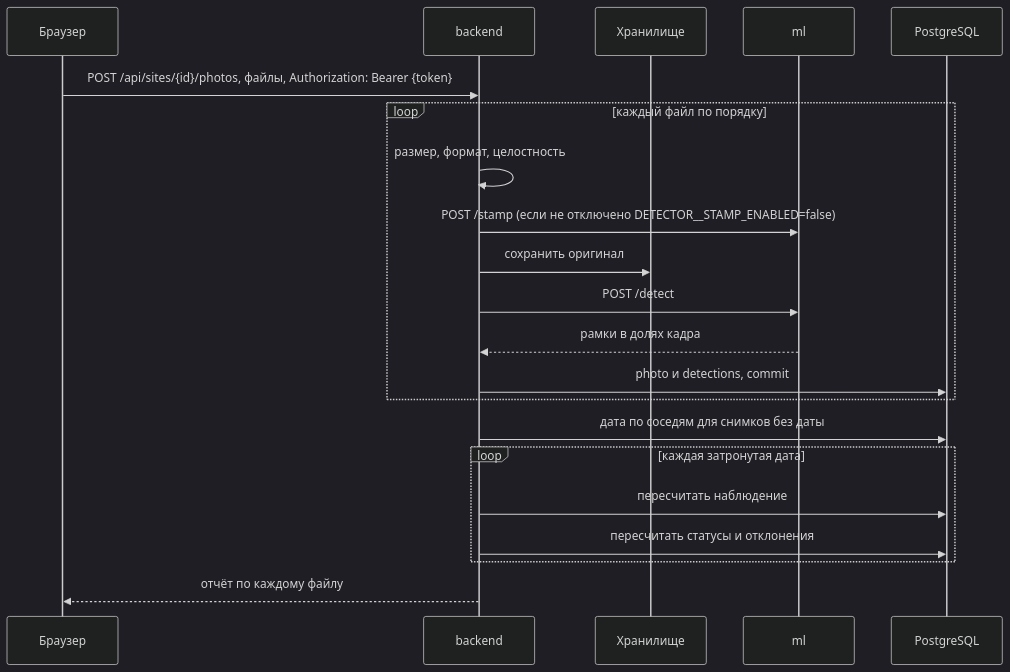
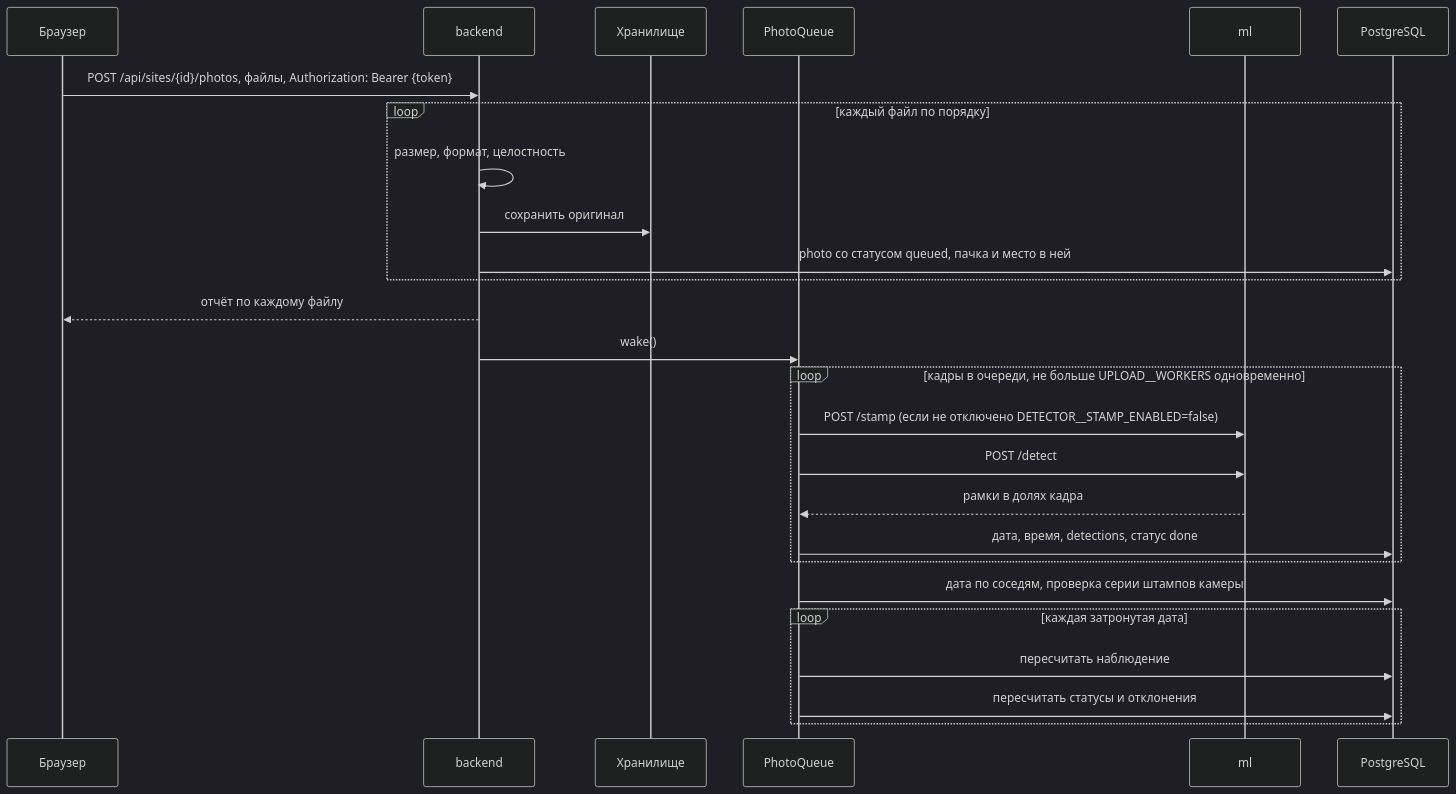
Before and after one commit to fadegor05/LCT-7: the third of 5 diagrams in documentation/architecture.md, drawn with Mermaid (dark theme). The commit also changed other lines of this file and 7 other files, not shown here.

````diff
--- a/documentation/architecture.md
+++ b/documentation/architecture.md
@@ -70,23 +72,28 @@
 ```mermaid
 sequenceDiagram
   participant UI as Браузер
   participant API as backend
   participant ST as Хранилище
+  participant Q as PhotoQueue
   participant ML as ml
   participant DB as PostgreSQL
   UI->>API: POST /api/sites/{id}/photos, файлы, Authorization: Bearer {token}
   loop каждый файл по порядку
     API->>API: размер, формат, целостность
-    API->>ML: POST /stamp (если не отключено DETECTOR__STAMP_ENABLED=false)
     API->>ST: сохранить оригинал
-    API->>ML: POST /detect
-    ML-->>API: рамки в долях кадра
-    API->>DB: photo и detections, commit
-  end
-  API->>DB: дата по соседям для снимков без даты
-  loop каждая затронутая дата
-    API->>DB: пересчитать наблюдение
-    API->>DB: пересчитать статусы и отклонения
+    API->>DB: photo со статусом queued, пачка и место в ней
   end
   API-->>UI: отчёт по каждому файлу
+  API->>Q: wake()
+  loop кадры в очереди, не больше UPLOAD__WORKERS одновременно
+    Q->>ML: POST /stamp (если не отключено DETECTOR__STAMP_ENABLED=false)
+    Q->>ML: POST /detect
+    ML-->>Q: рамки в долях кадра
+    Q->>DB: дата, время, detections, статус done
+  end
+  Q->>DB: дата по соседям, проверка серии штампов камеры
+  loop каждая затронутая дата
+    Q->>DB: пересчитать наблюдение
+    Q->>DB: пересчитать статусы и отклонения
+  end
 ```
````
